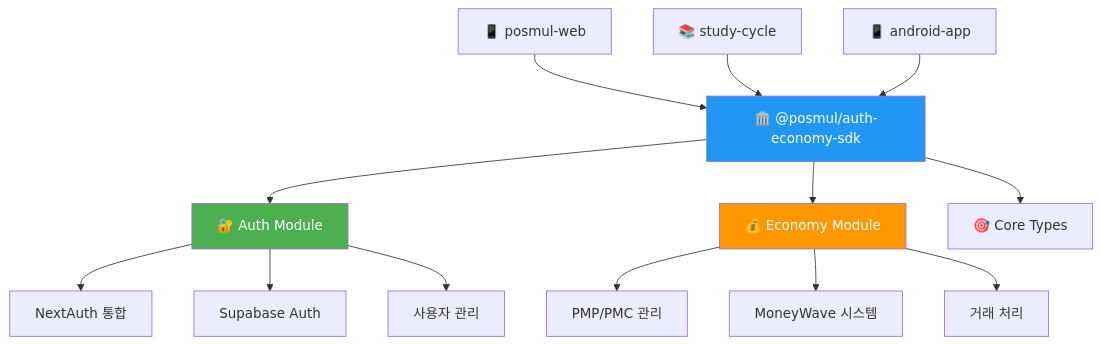
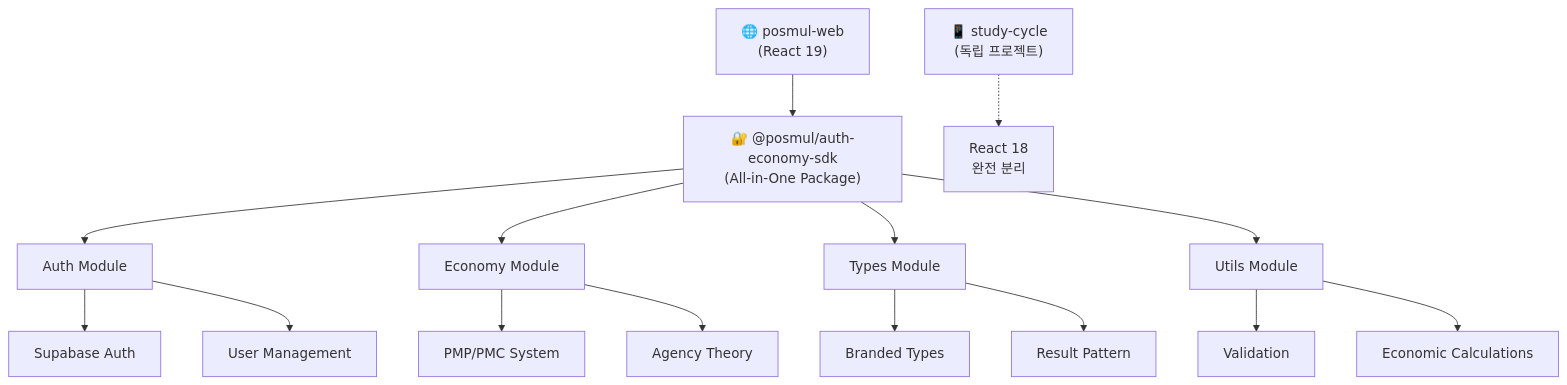
The first of 9 diagrams in README.md (positivemultiplier/posmul), drawn with Mermaid before and after one commit. The commit also changed other lines of this file and 602 other files, not shown here.

````diff
--- a/README.md
+++ b/README.md
@@ -23,22 +35,20 @@
 ```mermaid
 graph TD
-    A["🏛️ @posmul/auth-economy-sdk"] --> B["🔐 Auth Module"]
-    A --> C["💰 Economy Module"] 
-    A --> D["🎯 Core Types"]
-    
-    B --> E["NextAuth 통합"]
-    B --> F["Supabase Auth"]
-    B --> G["사용자 관리"]
-    
-    C --> H["PMP/PMC 관리"]
-    C --> I["MoneyWave 시스템"]
-    C --> J["거래 처리"]
-    
-    K["📱 posmul-web"] --> A
-    L["📚 study-cycle"] --> A
-    M["📱 android-app"] --> A
-    
-    style A fill:#2196f3,color:#fff
-    style B fill:#4caf50,color:#fff
-    style C fill:#ff9800,color:#fff
+    A["🔐 @posmul/auth-economy-sdk<br/>(All-in-One Package)"] --> B["Auth Module"]
+    A --> C["Economy Module"]
+    A --> D["Types Module"]
+    A --> E["Utils Module"]
+
+    F["🌐 posmul-web<br/>(React 19)"] --> A
+    G["📱 study-cycle<br/>(독립 프로젝트)"] -.-> H["React 18<br/>완전 분리"]
+
+    B --> B1["Supabase Auth"]
+    B --> B2["User Management"]
+    C --> C1["PMP/PMC System"]
+    C --> C2["Agency Theory"]
+    D --> D1["Branded Types"]
+    D --> D2["Result Pattern"]
+    E --> E1["Validation"]
+    E --> E2["Economic Calculations"]
+
 ```
````
